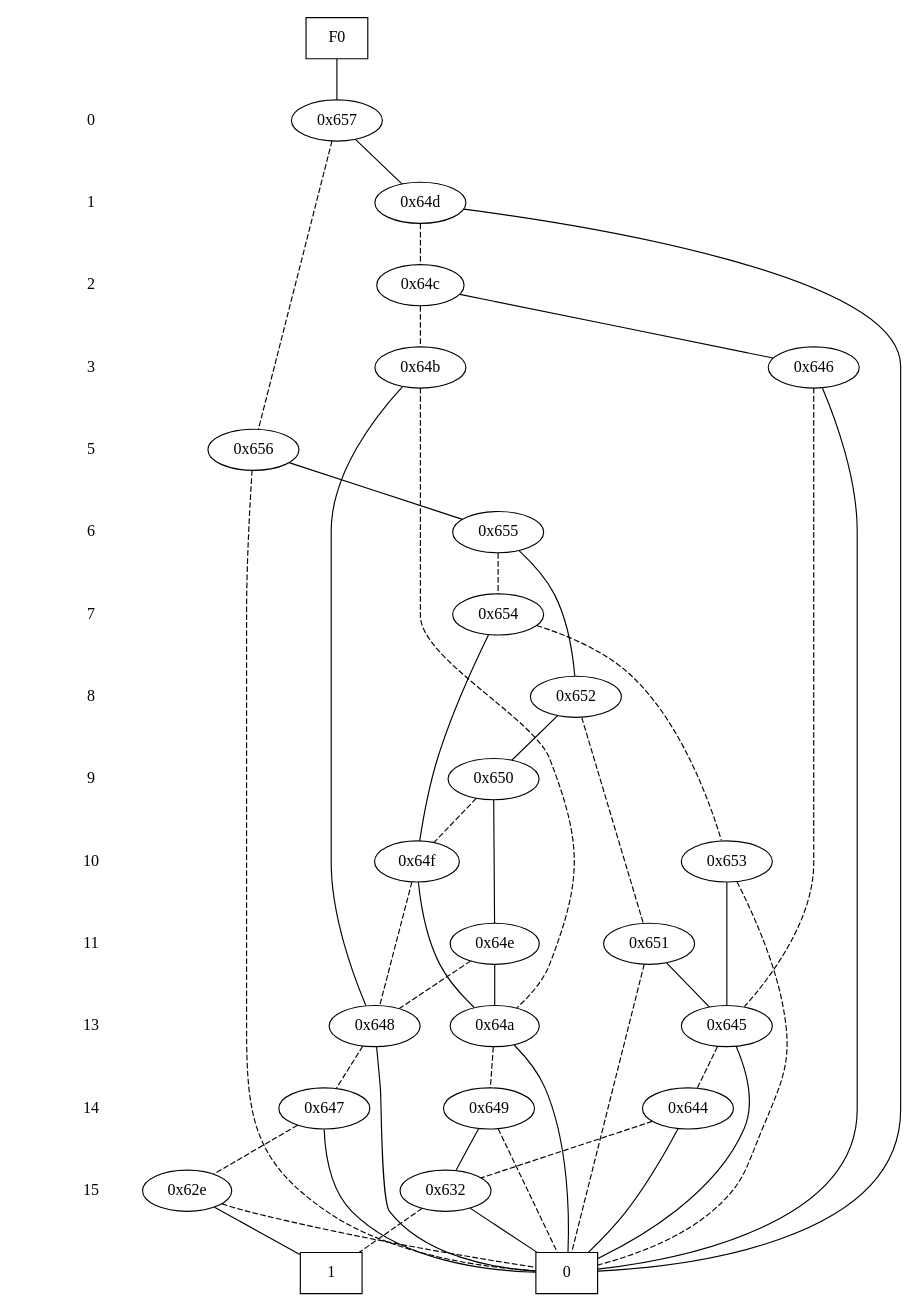
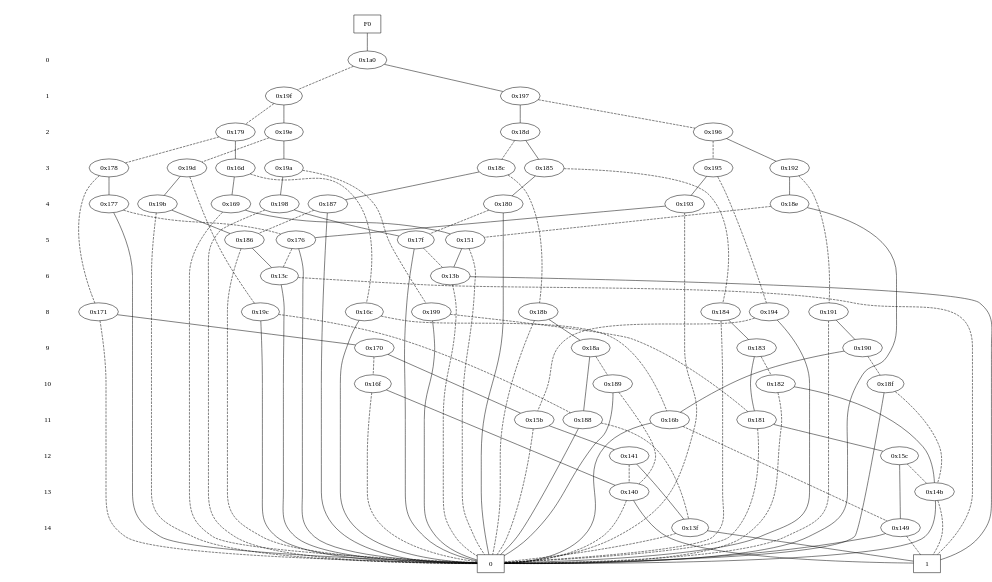
The diagram in rough.dot (Tractables/Dice.jl), drawn with Graphviz before and after one commit. The commit also changed 118 other files, not shown here.

```diff
--- a/rough.dot
+++ b/rough.dot
@@ -5,110 +5,209 @@
 { node [shape = plaintext];
   edge [style = invis];
   "CONST NODES" [style = invis];
-" 0 " -> " 1 " -> " 2 " -> " 3 " -> " 5 " -> " 6 " -> " 7 " -> " 8 " -> " 9 " -> " 10 " -> " 11 " -> " 13 " -> " 14 " -> " 15 " -> "CONST NODES"; 
+" 0 " -> " 1 " -> " 2 " -> " 3 " -> " 4 " -> " 5 " -> " 6 " -> " 8 " -> " 9 " -> " 10 " -> " 11 " -> " 12 " -> " 13 " -> " 14 " -> "CONST NODES"; 
 }
 { rank = same; node [shape = box]; edge [style = invis];
 "F0"; }
 { rank = same; " 0 ";
-"0x657";
+"0x1a0";
 }
 { rank = same; " 1 ";
-"0x64d";
+"0x197";
+"0x19f";
 }
 { rank = same; " 2 ";
-"0x64c";
+"0x179";
+"0x196";
+"0x18d";
+"0x19e";
 }
 { rank = same; " 3 ";
-"0x64b";
-"0x646";
+"0x19d";
+"0x192";
+"0x16d";
+"0x19a";
+"0x18c";
+"0x178";
+"0x185";
+"0x195";
+}
+{ rank = same; " 4 ";
+"0x180";
+"0x193";
+"0x19b";
+"0x187";
+"0x169";
+"0x198";
+"0x18e";
+"0x177";
 }
 { rank = same; " 5 ";
-"0x656";
+"0x186";
+"0x176";
+"0x151";
+"0x17f";
 }
 { rank = same; " 6 ";
-"0x655";
-}
-{ rank = same; " 7 ";
-"0x654";
+"0x13b";
+"0x13c";
 }
 { rank = same; " 8 ";
-"0x652";
+"0x194";
+"0x171";
+"0x18b";
+"0x199";
+"0x191";
+"0x19c";
+"0x16c";
+"0x184";
 }
 { rank = same; " 9 ";
-"0x650";
+"0x18a";
+"0x183";
+"0x170";
+"0x190";
 }
 { rank = same; " 10 ";
-"0x64f";
-"0x653";
+"0x16f";
+"0x189";
+"0x18f";
+"0x182";
 }
 { rank = same; " 11 ";
-"0x64e";
-"0x651";
+"0x181";
+"0x188";
+"0x16b";
+"0x15b";
+}
+{ rank = same; " 12 ";
+"0x141";
+"0x15c";
 }
 { rank = same; " 13 ";
-"0x645";
-"0x648";
-"0x64a";
+"0x140";
+"0x14b";
 }
 { rank = same; " 14 ";
-"0x644";
-"0x649";
-"0x647";
-}
-{ rank = same; " 15 ";
-"0x632";
-"0x62e";
+"0x13f";
+"0x149";
 }
 { rank = same; "CONST NODES";
-{ node [shape = box]; "0x502";
-"0x501";
+{ node [shape = box]; "0x70";
+"0x6f";
 }
 }
-"F0" -> "0x657" [style = solid];
-"0x657" -> "0x64d";
-"0x657" -> "0x656" [style = dashed];
-"0x64d" -> "0x502";
-"0x64d" -> "0x64c" [style = dashed];
-"0x64c" -> "0x646";
-"0x64c" -> "0x64b" [style = dashed];
-"0x64b" -> "0x648";
-"0x64b" -> "0x64a" [style = dashed];
-"0x646" -> "0x502";
-"0x646" -> "0x645" [style = dashed];
-"0x656" -> "0x655";
-"0x656" -> "0x502" [style = dashed];
-"0x655" -> "0x652";
-"0x655" -> "0x654" [style = dashed];
-"0x654" -> "0x64f";
-"0x654" -> "0x653" [style = dashed];
-"0x652" -> "0x650";
-"0x652" -> "0x651" [style = dashed];
-"0x650" -> "0x64e";
-"0x650" -> "0x64f" [style = dashed];
-"0x64f" -> "0x64a";
-"0x64f" -> "0x648" [style = dashed];
-"0x653" -> "0x645";
-"0x653" -> "0x502" [style = dashed];
-"0x64e" -> "0x64a";
-"0x64e" -> "0x648" [style = dashed];
-"0x651" -> "0x645";
-"0x651" -> "0x502" [style = dashed];
-"0x645" -> "0x502";
-"0x645" -> "0x644" [style = dashed];
-"0x648" -> "0x502";
-"0x648" -> "0x647" [style = dashed];
-"0x64a" -> "0x502";
-"0x64a" -> "0x649" [style = dashed];
-"0x644" -> "0x502";
-"0x644" -> "0x632" [style = dashed];
-"0x649" -> "0x632";
-"0x649" -> "0x502" [style = dashed];
-"0x647" -> "0x502";
-"0x647" -> "0x62e" [style = dashed];
-"0x632" -> "0x502";
-"0x632" -> "0x501" [style = dashed];
-"0x62e" -> "0x501";
-"0x62e" -> "0x502" [style = dashed];
-"0x502" [label = "0"];
-"0x501" [label = "1"];
+"F0" -> "0x1a0" [style = solid];
+"0x1a0" -> "0x197";
+"0x1a0" -> "0x19f" [style = dashed];
+"0x197" -> "0x18d";
+"0x197" -> "0x196" [style = dashed];
+"0x19f" -> "0x19e";
+"0x19f" -> "0x179" [style = dashed];
+"0x179" -> "0x16d";
+"0x179" -> "0x178" [style = dashed];
+"0x196" -> "0x192";
+"0x196" -> "0x195" [style = dashed];
+"0x18d" -> "0x185";
+"0x18d" -> "0x18c" [style = dashed];
+"0x19e" -> "0x19a";
+"0x19e" -> "0x19d" [style = dashed];
+"0x19d" -> "0x19b";
+"0x19d" -> "0x19c" [style = dashed];
+"0x192" -> "0x18e";
+"0x192" -> "0x191" [style = dashed];
+"0x16d" -> "0x169";
+"0x16d" -> "0x16c" [style = dashed];
+"0x19a" -> "0x198";
+"0x19a" -> "0x199" [style = dashed];
+"0x18c" -> "0x187";
+"0x18c" -> "0x18b" [style = dashed];
+"0x178" -> "0x177";
+"0x178" -> "0x171" [style = dashed];
+"0x185" -> "0x180";
+"0x185" -> "0x184" [style = dashed];
+"0x195" -> "0x193";
+"0x195" -> "0x194" [style = dashed];
+"0x180" -> "0x70";
+"0x180" -> "0x17f" [style = dashed];
+"0x193" -> "0x176";
+"0x193" -> "0x70" [style = dashed];
+"0x19b" -> "0x186";
+"0x19b" -> "0x70" [style = dashed];
+"0x187" -> "0x70";
+"0x187" -> "0x186" [style = dashed];
+"0x169" -> "0x151";
+"0x169" -> "0x70" [style = dashed];
+"0x198" -> "0x17f";
+"0x198" -> "0x70" [style = dashed];
+"0x18e" -> "0x70";
+"0x18e" -> "0x151" [style = dashed];
+"0x177" -> "0x70";
+"0x177" -> "0x176" [style = dashed];
+"0x186" -> "0x13c";
+"0x186" -> "0x70" [style = dashed];
+"0x176" -> "0x70";
+"0x176" -> "0x13c" [style = dashed];
+"0x151" -> "0x13b";
+"0x151" -> "0x70" [style = dashed];
+"0x17f" -> "0x70";
+"0x17f" -> "0x13b" [style = dashed];
+"0x13b" -> "0x6f";
+"0x13b" -> "0x70" [style = dashed];
+"0x13c" -> "0x70";
+"0x13c" -> "0x6f" [style = dashed];
+"0x194" -> "0x70";
+"0x194" -> "0x15b" [style = dashed];
+"0x171" -> "0x170";
+"0x171" -> "0x70" [style = dashed];
+"0x18b" -> "0x18a";
+"0x18b" -> "0x70" [style = dashed];
+"0x199" -> "0x70";
+"0x199" -> "0x181" [style = dashed];
+"0x191" -> "0x190";
+"0x191" -> "0x70" [style = dashed];
+"0x19c" -> "0x70";
+"0x19c" -> "0x188" [style = dashed];
+"0x16c" -> "0x70";
+"0x16c" -> "0x16b" [style = dashed];
+"0x184" -> "0x183";
+"0x184" -> "0x70" [style = dashed];
+"0x18a" -> "0x188";
+"0x18a" -> "0x189" [style = dashed];
+"0x183" -> "0x181";
+"0x183" -> "0x182" [style = dashed];
+"0x170" -> "0x15b";
+"0x170" -> "0x16f" [style = dashed];
+"0x190" -> "0x16b";
+"0x190" -> "0x18f" [style = dashed];
+"0x16f" -> "0x140";
+"0x16f" -> "0x70" [style = dashed];
+"0x189" -> "0x70";
+"0x189" -> "0x140" [style = dashed];
+"0x18f" -> "0x70";
+"0x18f" -> "0x14b" [style = dashed];
+"0x182" -> "0x14b";
+"0x182" -> "0x70" [style = dashed];
+"0x181" -> "0x15c";
+"0x181" -> "0x70" [style = dashed];
+"0x188" -> "0x70";
+"0x188" -> "0x13f" [style = dashed];
+"0x16b" -> "0x70";
+"0x16b" -> "0x149" [style = dashed];
+"0x15b" -> "0x141";
+"0x15b" -> "0x70" [style = dashed];
+"0x141" -> "0x13f";
+"0x141" -> "0x140" [style = dashed];
+"0x15c" -> "0x149";
+"0x15c" -> "0x14b" [style = dashed];
+"0x140" -> "0x6f";
+"0x140" -> "0x70" [style = dashed];
+"0x14b" -> "0x70";
+"0x14b" -> "0x6f" [style = dashed];
+"0x13f" -> "0x6f";
+"0x13f" -> "0x70" [style = dashed];
+"0x149" -> "0x70";
+"0x149" -> "0x6f" [style = dashed];
+"0x70" [label = "0"];
+"0x6f" [label = "1"];
 }
```
